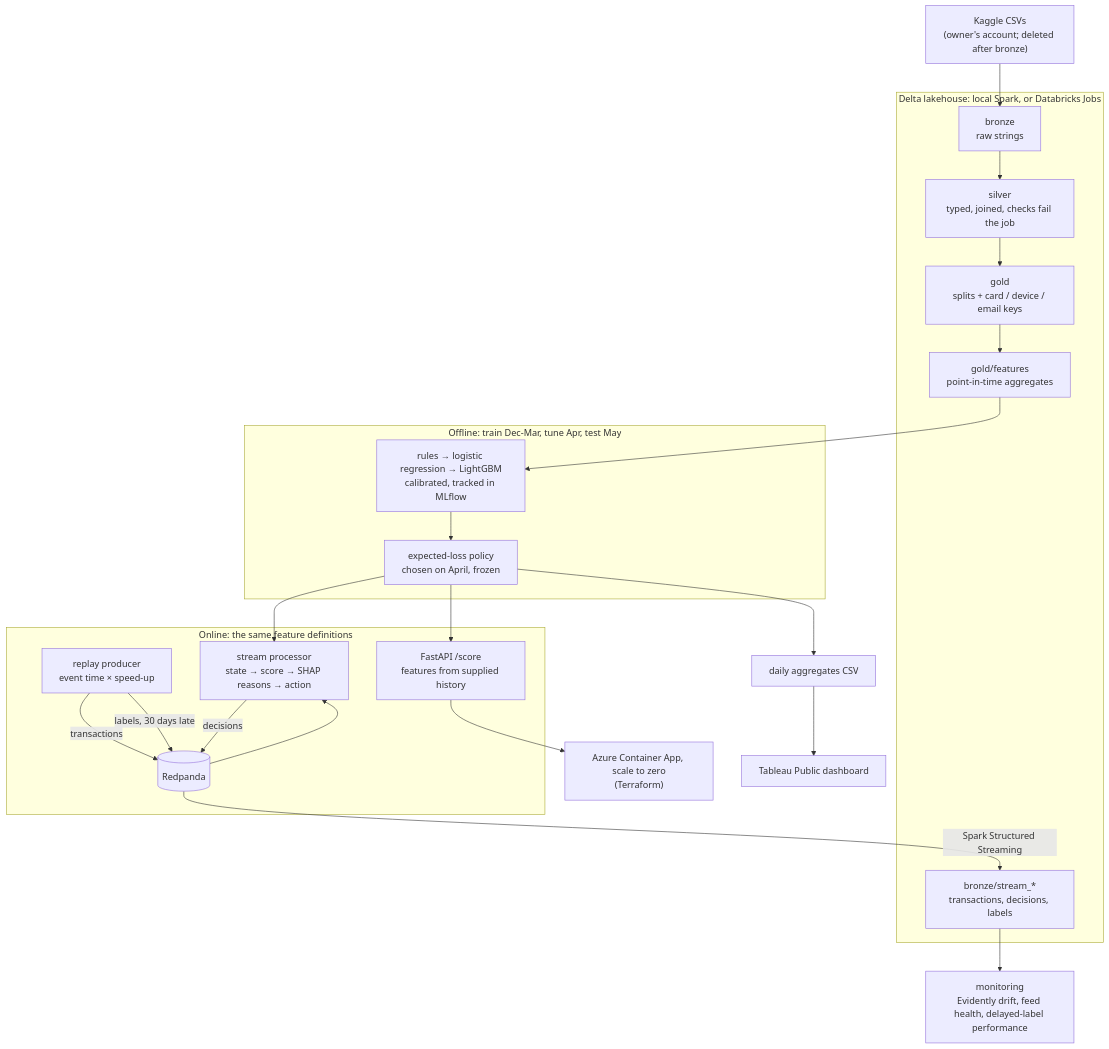
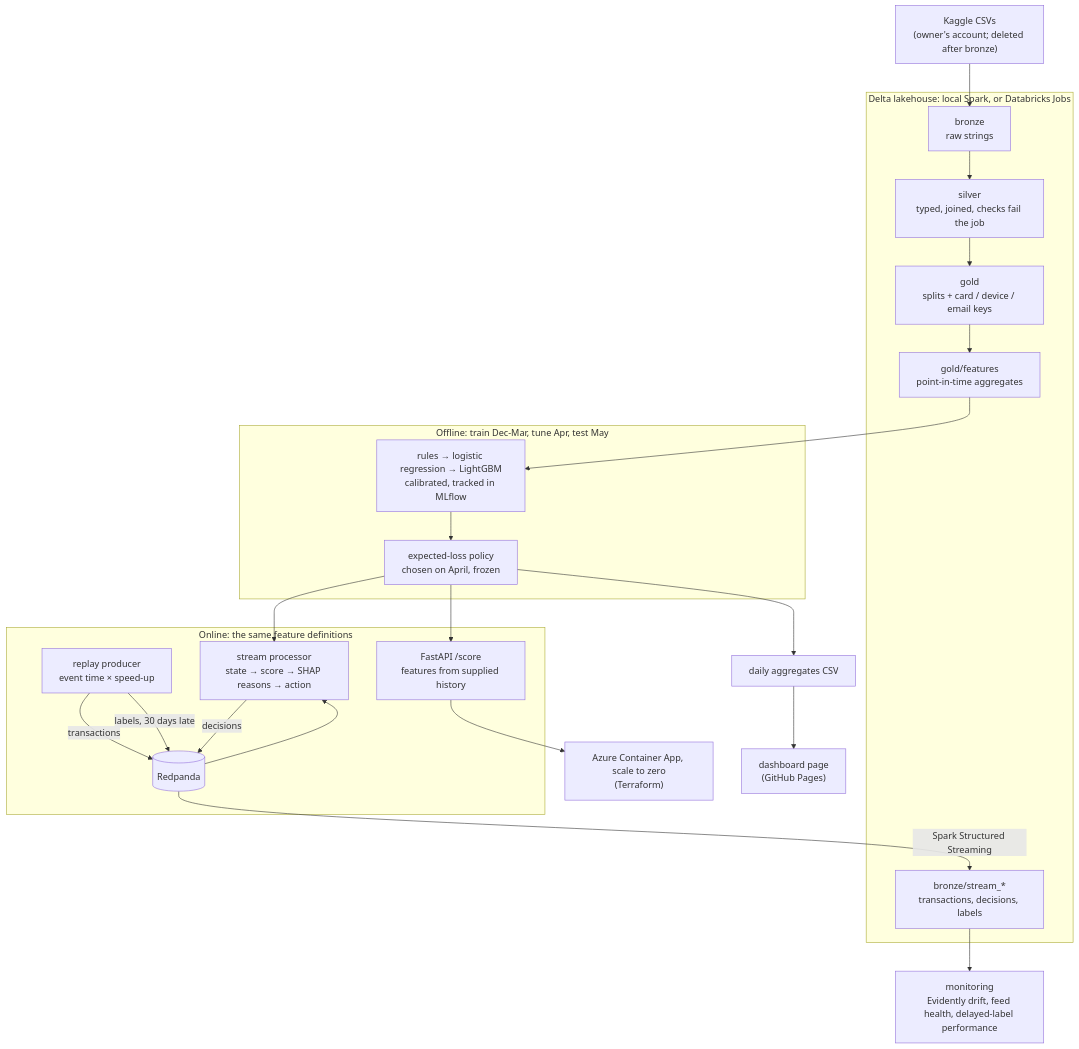
The diagram in README.md (ssabeeth/fraud-detection), drawn with Mermaid before and after one commit. The commit also changed other lines of this file and 10 other files, not shown here.

First line of the commit message:
feat(dashboard): a page built by code on GitHub Pages instead of Tableau

````diff
--- a/README.md
+++ b/README.md
@@ -85,31 +85,31 @@
 ```mermaid
 flowchart TB
     kaggle["Kaggle CSVs<br/>(owner's account; deleted after bronze)"] --> bronze
 
     subgraph lake["Delta lakehouse: local Spark, or Databricks Jobs"]
         bronze["bronze<br/>raw strings"] --> silver["silver<br/>typed, joined, checks fail the job"]
         silver --> gold["gold<br/>splits + card / device / email keys"]
         gold --> features["gold/features<br/>point-in-time aggregates"]
         sbronze["bronze/stream_*<br/>transactions, decisions, labels"]
     end
 
     subgraph offline["Offline: train Dec-Mar, tune Apr, test May"]
         features --> models["rules → logistic regression → LightGBM<br/>calibrated, tracked in MLflow"]
         models --> policy["expected-loss policy<br/>chosen on April, frozen"]
     end
 
     subgraph online["Online: the same feature definitions"]
         producer["replay producer<br/>event time × speed-up"] -- transactions --> rp[("Redpanda")]
         producer -- "labels, 30 days late" --> rp
         rp --> processor["stream processor<br/>state → score → SHAP reasons → action"]
         processor -- decisions --> rp
         api["FastAPI /score<br/>features from supplied history"]
     end
 
     policy --> processor
     policy --> api
     rp -- "Spark Structured Streaming" --> sbronze
     sbronze --> monitor["monitoring<br/>Evidently drift, feed health, delayed-label performance"]
     api --> aca["Azure Container App, scale to zero<br/>(Terraform)"]
-    policy --> export["daily aggregates CSV"] --> tableau["Tableau Public dashboard"]
+    policy --> export["daily aggregates CSV"] --> dashboard["dashboard page<br/>(GitHub Pages)"]
 ```
````
